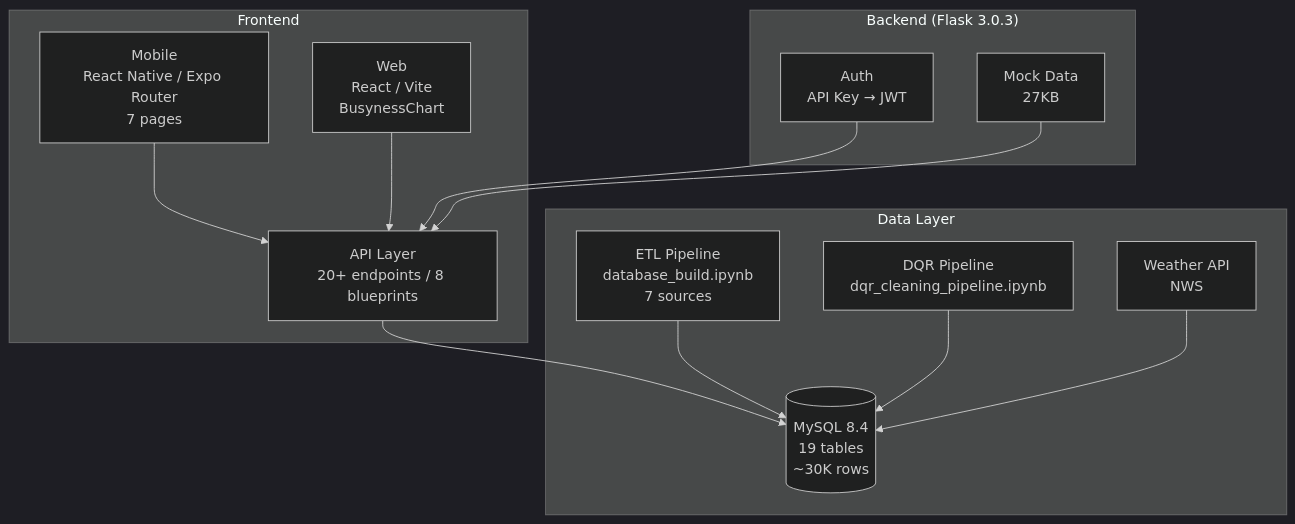
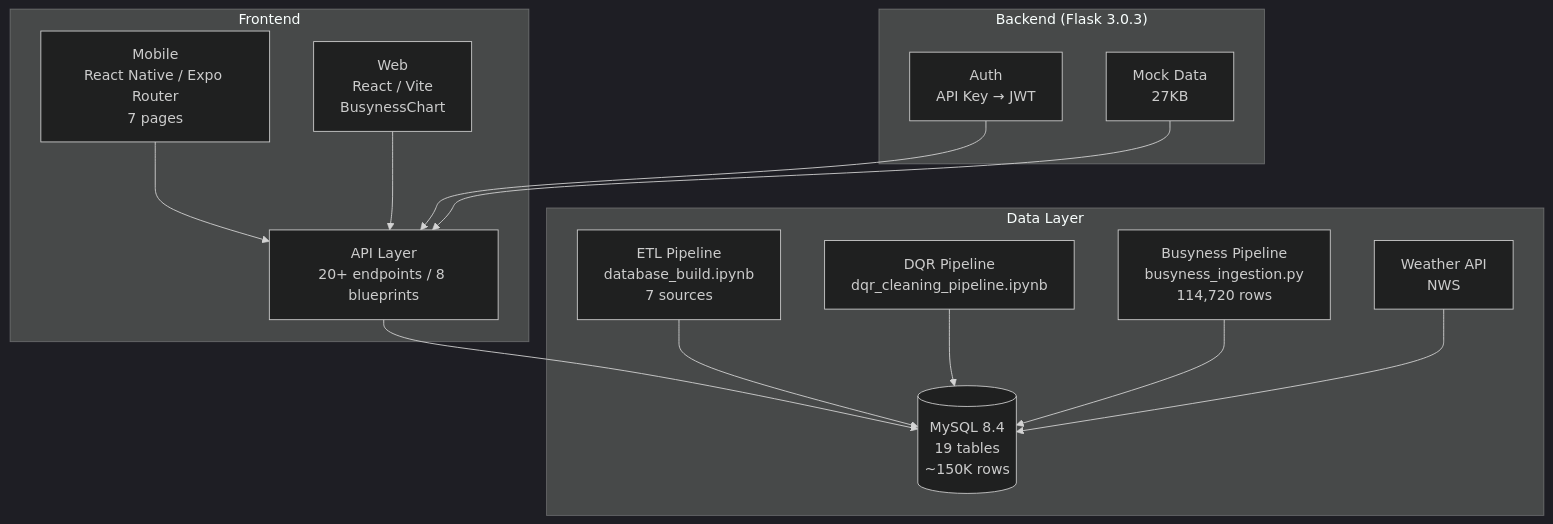
One commit to ChingYunHsu/Group6_Summer-Project changed the diagram in docs/memory/project-status.md. Above: the diagram before and after it, drawn with Mermaid (dark theme). The commit also changed other lines of this file and 66 other files, not shown here.

````diff
--- a/docs/memory/project-status.md
+++ b/docs/memory/project-status.md
@@ -18,27 +21,26 @@
 ```mermaid
 graph TB
     subgraph Frontend
         MOB[Mobile<br/>React Native / Expo Router<br/>7 pages] --> API
         WEB[Web<br/>React / Vite<br/>BusynessChart] --> API
     end
-
     subgraph Backend ["Backend (Flask 3.0.3)"]
         API[API Layer<br/>20+ endpoints / 8 blueprints]
         AUTH[Auth<br/>API Key → JWT]
         MOCK[Mock Data<br/>27KB]
     end
-
     subgraph Data ["Data Layer"]
-        DB[(MySQL 8.4<br/>19 tables<br/>~30K rows)]
+        DB[(MySQL 8.4<br/>19 tables<br/>~150K rows)]
         ETL[ETL Pipeline<br/>database_build.ipynb<br/>7 sources]
         DQR[DQR Pipeline<br/>dqr_cleaning_pipeline.ipynb]
+        BUSYNESS[Busyness Pipeline<br/>busyness_ingestion.py<br/>114,720 rows]
         WEATHER[Weather API<br/>NWS]
     end
-
     API --> DB
     ETL --> DB
     DQR --> DB
+    BUSYNESS --> DB
     WEATHER --> DB
     AUTH --> API
     MOCK --> API
 ```
````
